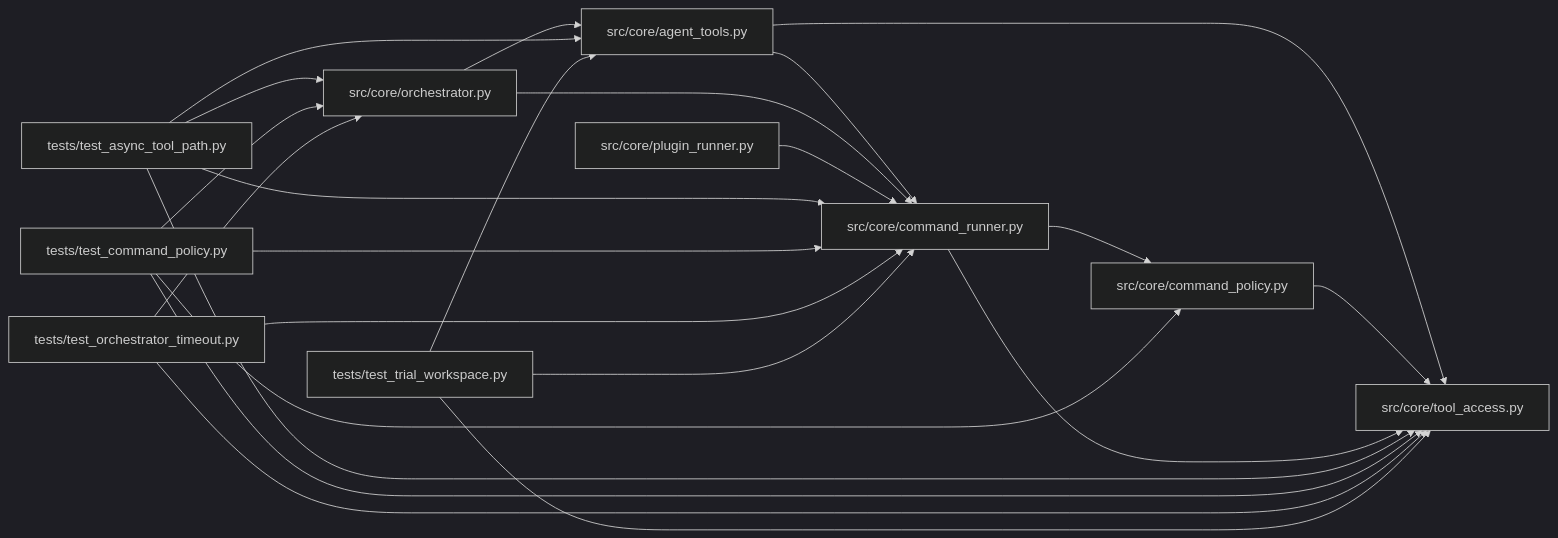
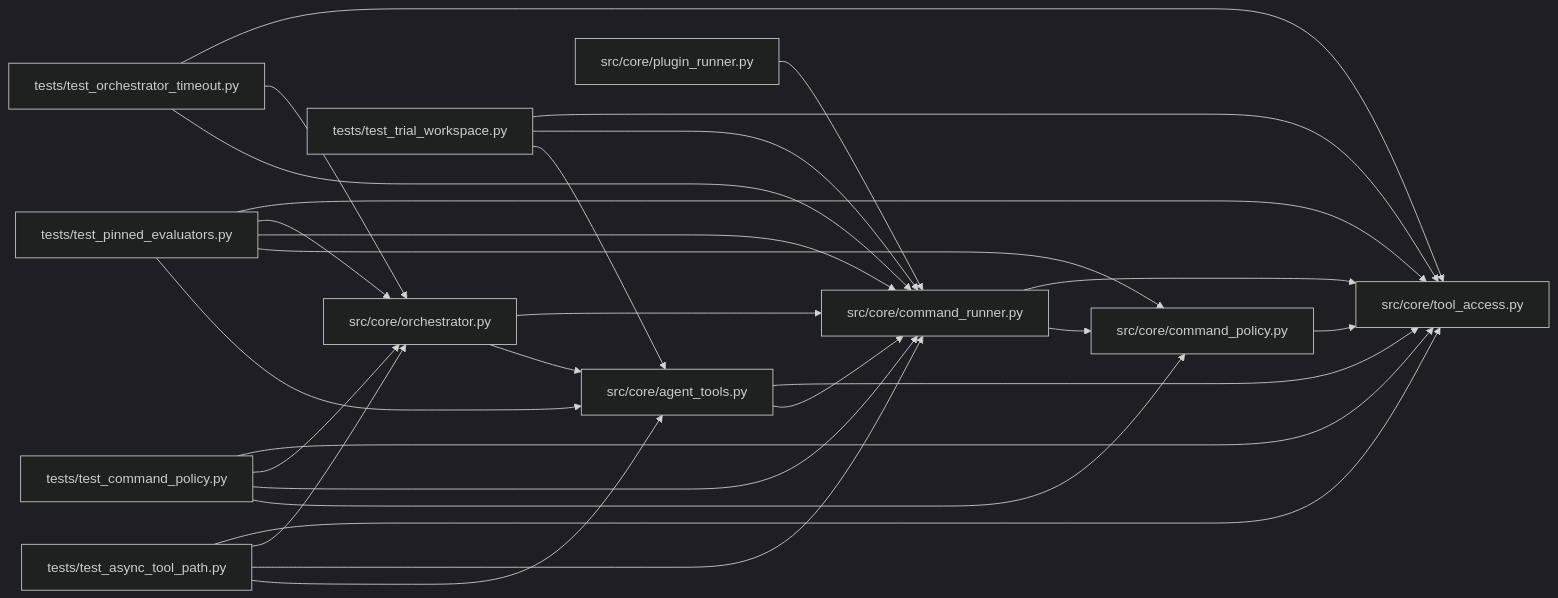
The diagram in docs/llm_wiki/modules/command_runner.md (Denissvgn/autoresearch-agent), drawn with Mermaid (dark theme) before and after one commit. The commit also changed other lines of this file and 54 other files, not shown here.

````diff
--- a/docs/llm_wiki/modules/command_runner.md
+++ b/docs/llm_wiki/modules/command_runner.md
@@ -36,45 +36,52 @@
 ```mermaid
 flowchart LR
     n0["src/core/agent_tools.py"]
     n1["src/core/command_policy.py"]
     n2["src/core/command_runner.py"]
     n3["src/core/orchestrator.py"]
     n4["src/core/plugin_runner.py"]
     n5["src/core/tool_access.py"]
     n6["tests/test_async_tool_path.py"]
     n7["tests/test_command_policy.py"]
     n8["tests/test_orchestrator_timeout.py"]
-    n9["tests/test_trial_workspace.py"]
+    n9["tests/test_pinned_evaluators.py"]
+    n10["tests/test_trial_workspace.py"]
     n0 --> n2
     n0 --> n5
     n1 --> n5
     n2 --> n1
     n2 --> n5
     n3 --> n0
     n3 --> n2
     n4 --> n2
     n6 --> n0
     n6 --> n2
     n6 --> n3
     n6 --> n5
     n7 --> n1
     n7 --> n2
     n7 --> n3
     n7 --> n5
     n8 --> n2
     n8 --> n3
     n8 --> n5
     n9 --> n0
+    n9 --> n1
     n9 --> n2
+    n9 --> n3
     n9 --> n5
+    n10 --> n0
+    n10 --> n2
+    n10 --> n5
     click n0 "../modules/agent_tools.md"
     click n1 "../modules/command_policy.md"
     click n2 "../modules/command_runner.md"
     click n3 "../modules/orchestrator.md"
     click n4 "../modules/plugin_runner.md"
     click n5 "../modules/tool_access.md"
     click n6 "../modules/test_async_tool_path.md"
     click n7 "../modules/test_command_policy.md"
     click n8 "../modules/test_orchestrator_timeout.md"
-    click n9 "../modules/test_trial_workspace.md"
+    click n9 "../modules/test_pinned_evaluators.md"
+    click n10 "../modules/test_trial_workspace.md"
 ```
````
